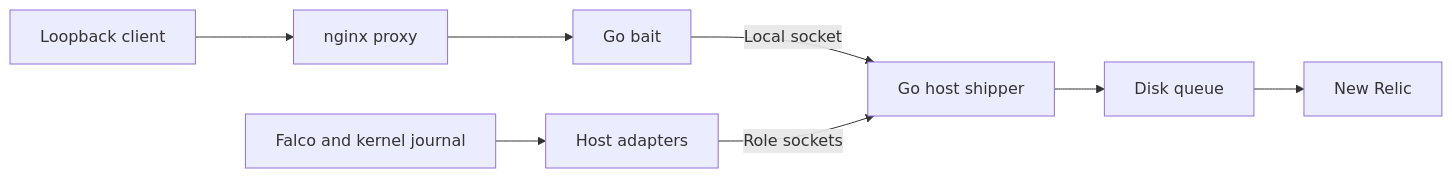
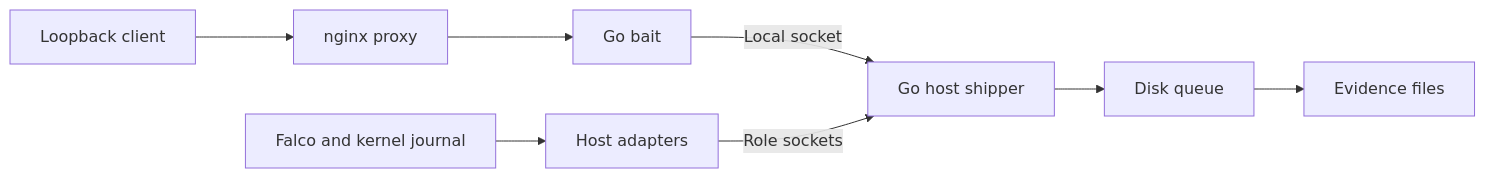
One commit to caretak3r/attack-box changed the first of 2 diagrams in site/content/architecture.mdx. Above: the diagram before and after it, drawn with Mermaid. The commit also changed other lines of this file and 18 other files, not shown here.

First line of the commit message:
docs: describe the host evidence store, console and pull instead of New Relic

````diff
--- a/site/content/architecture.mdx
+++ b/site/content/architecture.mdx
@@ -9,10 +9,10 @@
 ```mermaid
 flowchart LR
     accTitle: AttackBox request and telemetry paths
-    accDescr: nginx passes local requests to the bait. Bait and host adapters send records to the host shipper, which delivers records from a disk queue to New Relic.
+    accDescr: nginx passes local requests to the bait. Bait and host adapters send records to the host shipper, which validates and appends them to evidence files.
     Client[Loopback client] --> Proxy[nginx proxy] --> Bait[Go bait]
     Bait -->|Local socket| Shipper[Go host shipper]
     Hosts[Falco and kernel journal] --> Adapters[Host adapters]
     Adapters -->|Role sockets| Shipper
-    Shipper --> Queue[Disk queue] --> NR[New Relic]
+    Shipper --> Queue[Disk queue] --> Evidence[Evidence files]
 ```
````
